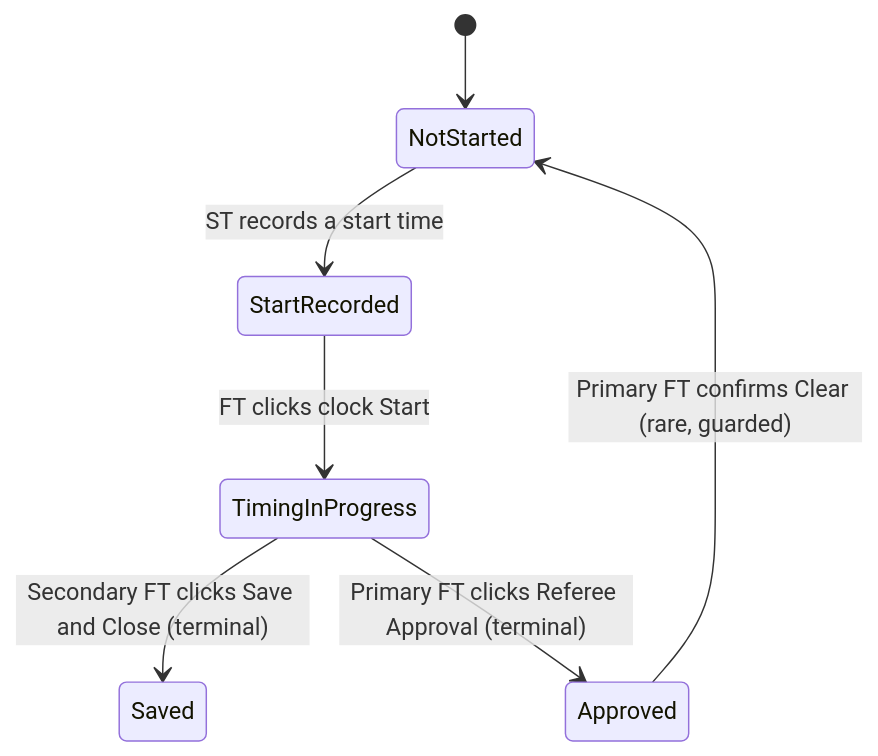
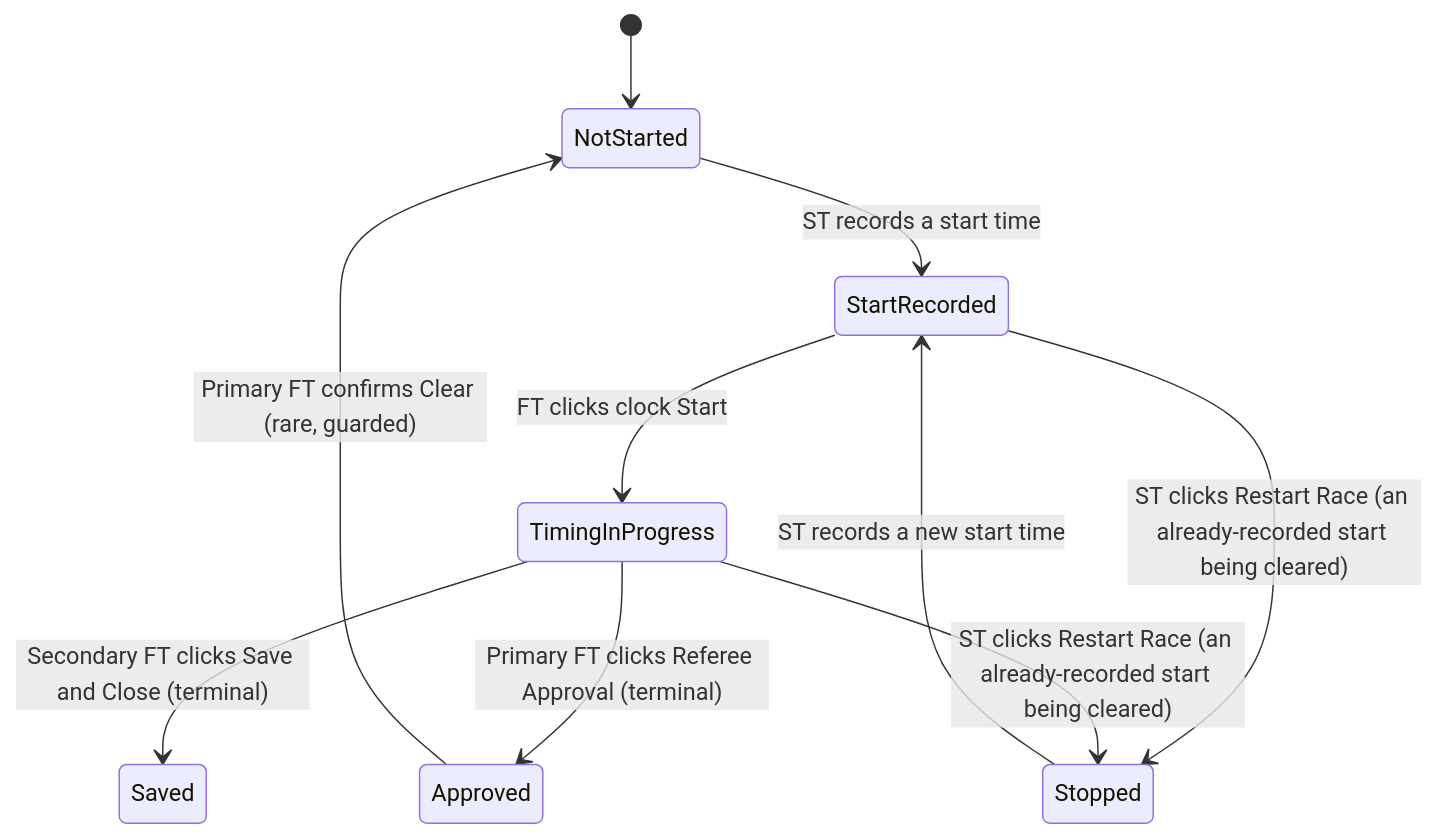
The second of 4 diagrams in docs/features/personas/race-state-machine.md (comagnaw/regattaClock), drawn with Mermaid before and after one commit. The commit also changed other lines of this file, not shown here.

````diff
--- a/docs/features/personas/race-state-machine.md
+++ b/docs/features/personas/race-state-machine.md
@@ -65,9 +65,12 @@
 ```mermaid
 stateDiagram-v2
     [*] --> NotStarted
     NotStarted --> StartRecorded: ST records a start time
     StartRecorded --> TimingInProgress: FT clicks clock Start
     TimingInProgress --> Saved: Secondary FT clicks Save and Close (terminal)
     TimingInProgress --> Approved: Primary FT clicks Referee Approval (terminal)
     Approved --> NotStarted: Primary FT confirms Clear (rare, guarded)
+    StartRecorded --> Stopped: ST clicks Restart Race (an already-recorded start being cleared)
+    TimingInProgress --> Stopped: ST clicks Restart Race (an already-recorded start being cleared)
+    Stopped --> StartRecorded: ST records a new start time
 ```
````
